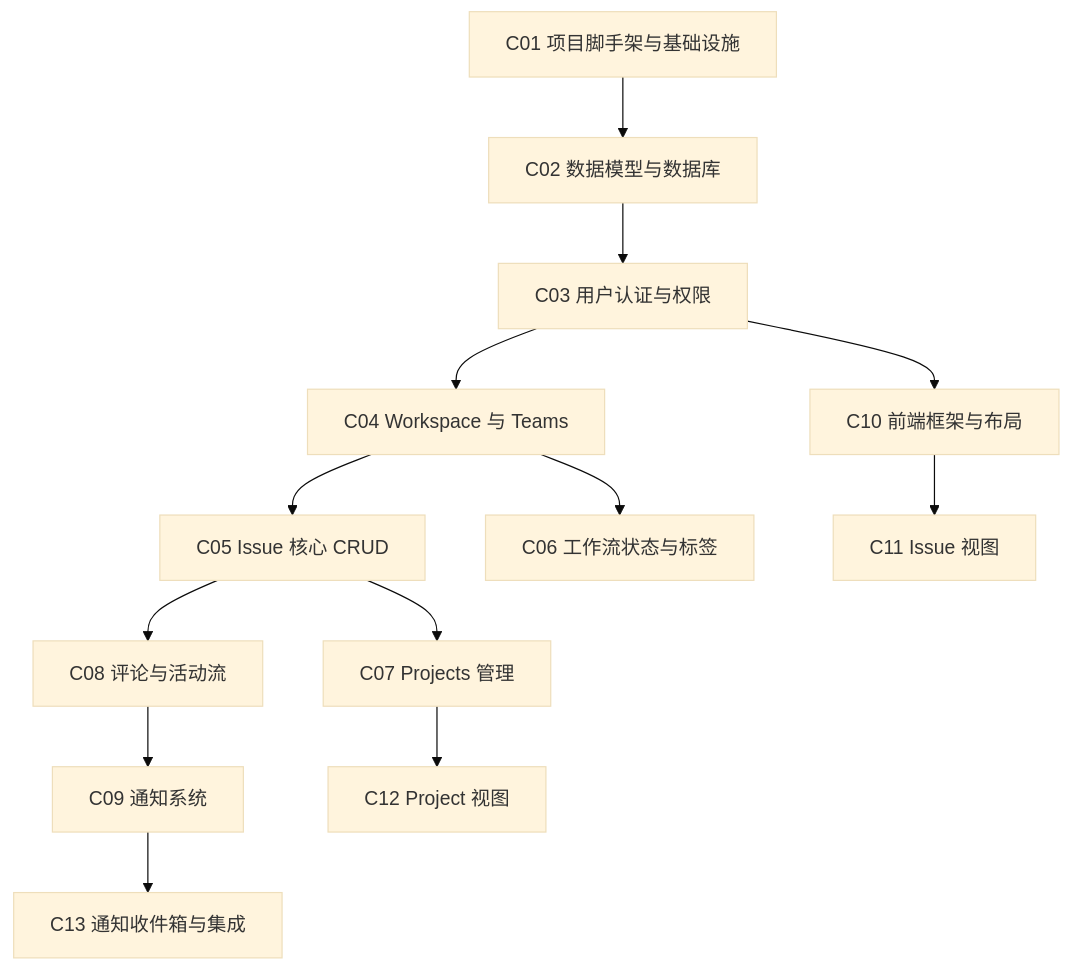
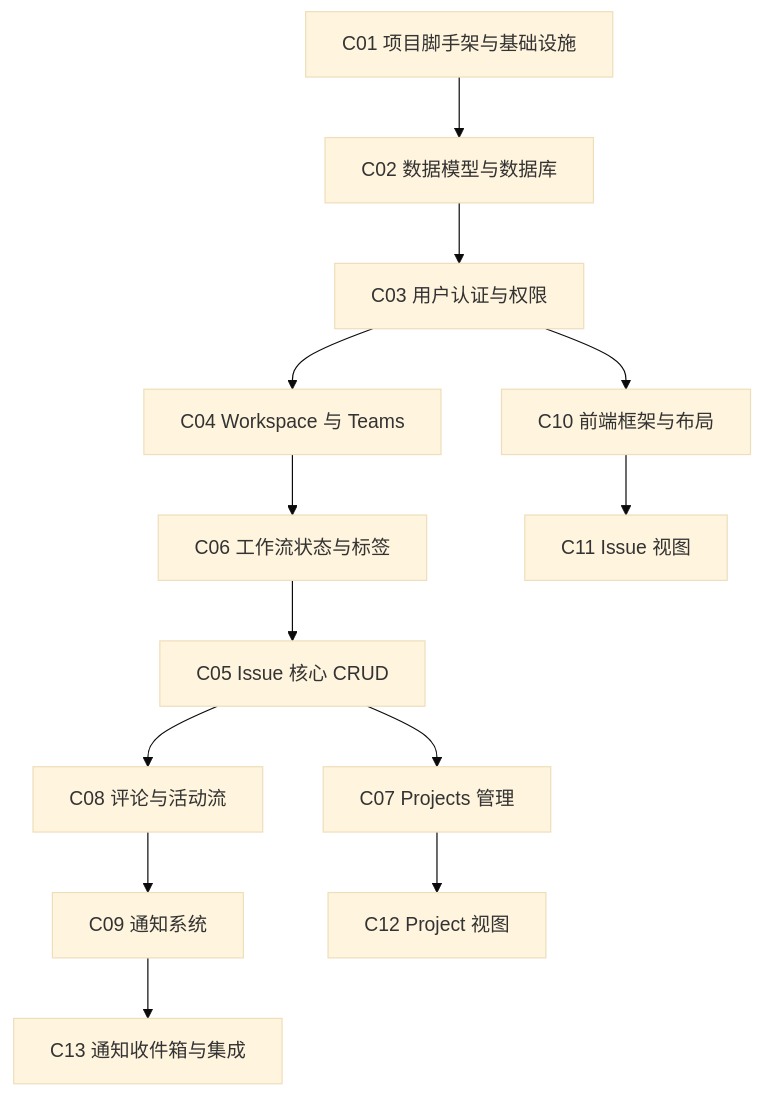
The first of 12 diagrams in docs/openspec-plan.md (liwei0526vip/mylinear), drawn with Mermaid (base theme) before and after one commit. The commit also changed other lines of this file and 6 other files, not shown here.

````diff
--- a/docs/openspec-plan.md
+++ b/docs/openspec-plan.md
@@ -70,15 +70,15 @@
 ```mermaid
 graph TD
     C01[C01 项目脚手架与基础设施] --> C02[C02 数据模型与数据库]
     C02 --> C03[C03 用户认证与权限]
     C03 --> C04[C04 Workspace 与 Teams]
-    C04 --> C05[C05 Issue 核心 CRUD]
     C04 --> C06[C06 工作流状态与标签]
+    C06 --> C05[C05 Issue 核心 CRUD]
     C05 --> C07[C07 Projects 管理]
     C05 --> C08[C08 评论与活动流]
     C08 --> C09[C09 通知系统]
     C03 --> C10[C10 前端框架与布局]
     C10 --> C11[C11 Issue 视图]
     C07 --> C12[C12 Project 视图]
     C09 --> C13[C13 通知收件箱与集成]
 ```
````
